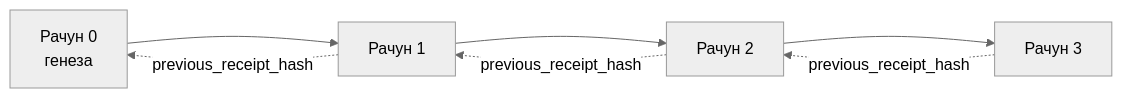
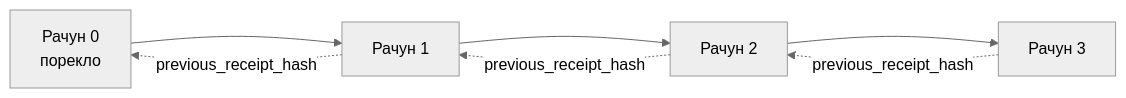
The second of 2 diagrams in translations/sr/18-securing-ai-agents/README.md (microsoft/ai-agents-for-beginners), drawn with Mermaid (neutral theme) before and after one commit. The commit also changed other lines of this file and 47 other files, not shown here.

````diff
--- a/translations/sr/18-securing-ai-agents/README.md
+++ b/translations/sr/18-securing-ai-agents/README.md
@@ -206,9 +203,9 @@
 ```mermaid
 flowchart LR
-    R0[Рачун 0<br/>генеза] --> R1[Рачун 1]
+    R0[Рачун 0<br/>порекло] --> R1[Рачун 1]
     R1 --> R2[Рачун 2]
     R2 --> R3[Рачун 3]
     R1 -. previous_receipt_hash .-> R0
     R2 -. previous_receipt_hash .-> R1
     R3 -. previous_receipt_hash .-> R2
 ```
````
